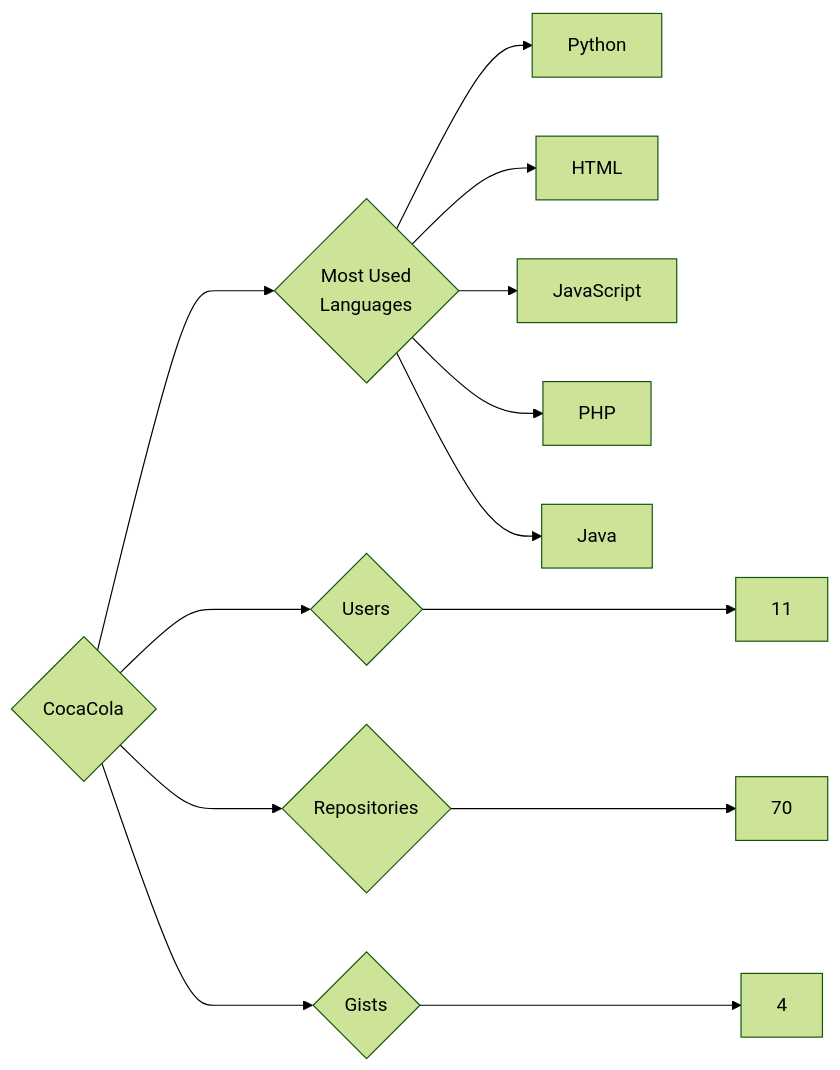
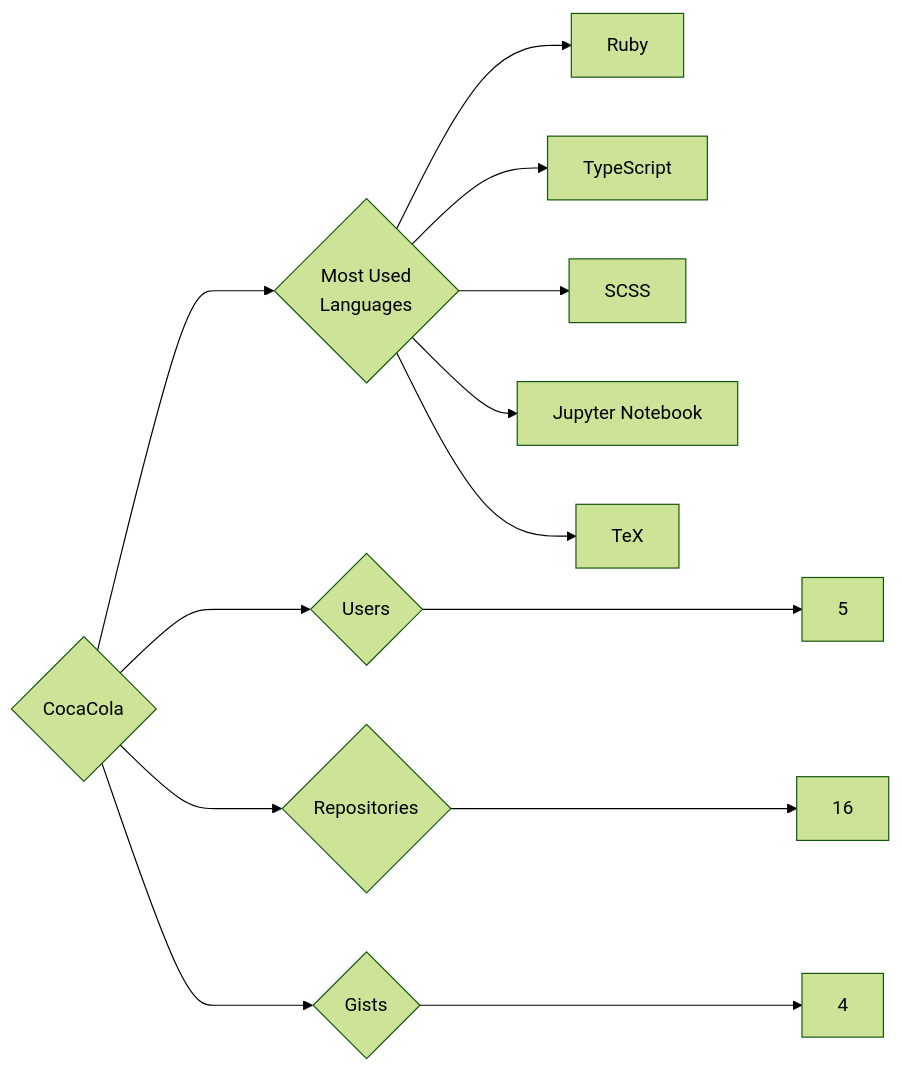
Before and after one commit to trickest/insiders: the diagram in targets/CocaCola/README.md, drawn with Mermaid (forest theme). The commit also changed 1170 other files, not shown here.

````diff
--- a/targets/CocaCola/README.md
+++ b/targets/CocaCola/README.md
@@ -3,13 +3,13 @@
 ```mermaid
 graph LR
 COMPANY_NAME{CocaCola}
-COMPANY_NAME ---> U{Users} ---> UN[11]
-COMPANY_NAME ---> R{Repositories} ---> RN[70]
+COMPANY_NAME ---> U{Users} ---> UN[5]
+COMPANY_NAME ---> R{Repositories} ---> RN[16]
 COMPANY_NAME ---> G{Gists} ---> GN[4]
 COMPANY_NAME ---> ML{Most Used<br>Languages}
-ML --> Python[Python]
-ML --> HTML[HTML]
-ML --> JavaScript[JavaScript]
-ML --> PHP[PHP]
-ML --> Java[Java]
+ML --> Ruby[Ruby]
+ML --> TypeScript[TypeScript]
+ML --> SCSS[SCSS]
+ML --> Jupyter_Notebook[Jupyter Notebook]
+ML --> TeX[TeX]
 ```
````
